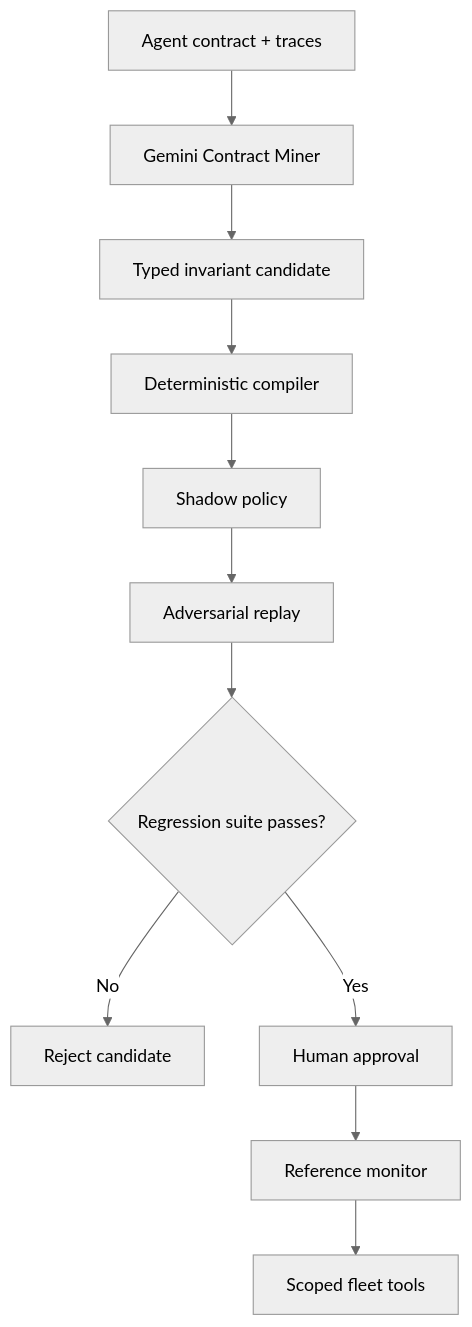
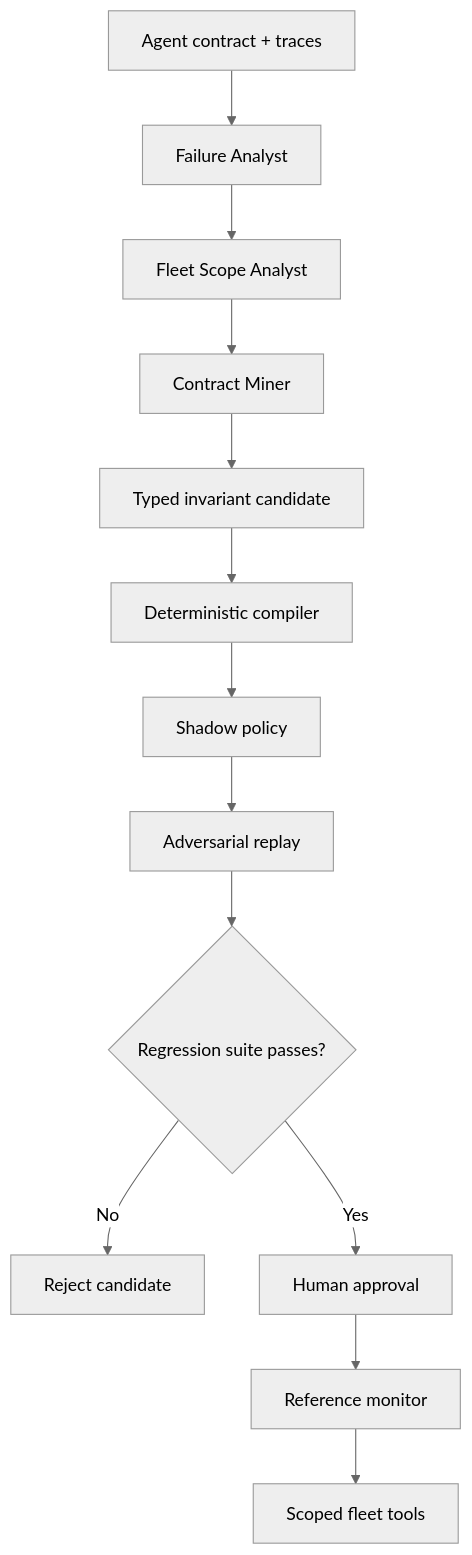
One commit to jacobecom2024-gif/FleetShield changed the first of 2 diagrams in docs/ARCHITECTURE.md. Above: the diagram before and after it, drawn with Mermaid (neutral theme). The commit also changed other lines of this file and 6 other files, not shown here.

Commit message:
Document the relief-agent architecture and judging proof

````diff
--- a/docs/ARCHITECTURE.md
+++ b/docs/ARCHITECTURE.md
@@ -9,13 +9,15 @@
 ```mermaid
 flowchart TD
-    A["Agent contract + traces"] --> B["Gemini Contract Miner"]
-    B --> C["Typed invariant candidate"]
-    C --> D["Deterministic compiler"]
-    D --> E["Shadow policy"]
-    E --> F["Adversarial replay"]
-    F --> G{"Regression suite passes?"}
-    G -- No --> H["Reject candidate"]
-    G -- Yes --> I["Human approval"]
-    I --> J["Reference monitor"]
-    J --> K["Scoped fleet tools"]
+    A["Agent contract + traces"] --> B["Failure Analyst"]
+    B --> C["Fleet Scope Analyst"]
+    C --> D["Contract Miner"]
+    D --> E["Typed invariant candidate"]
+    E --> F["Deterministic compiler"]
+    F --> G["Shadow policy"]
+    G --> H["Adversarial replay"]
+    H --> I{"Regression suite passes?"}
+    I -- No --> J["Reject candidate"]
+    I -- Yes --> K["Human approval"]
+    K --> L["Reference monitor"]
+    L --> M["Scoped fleet tools"]
 ```
````
